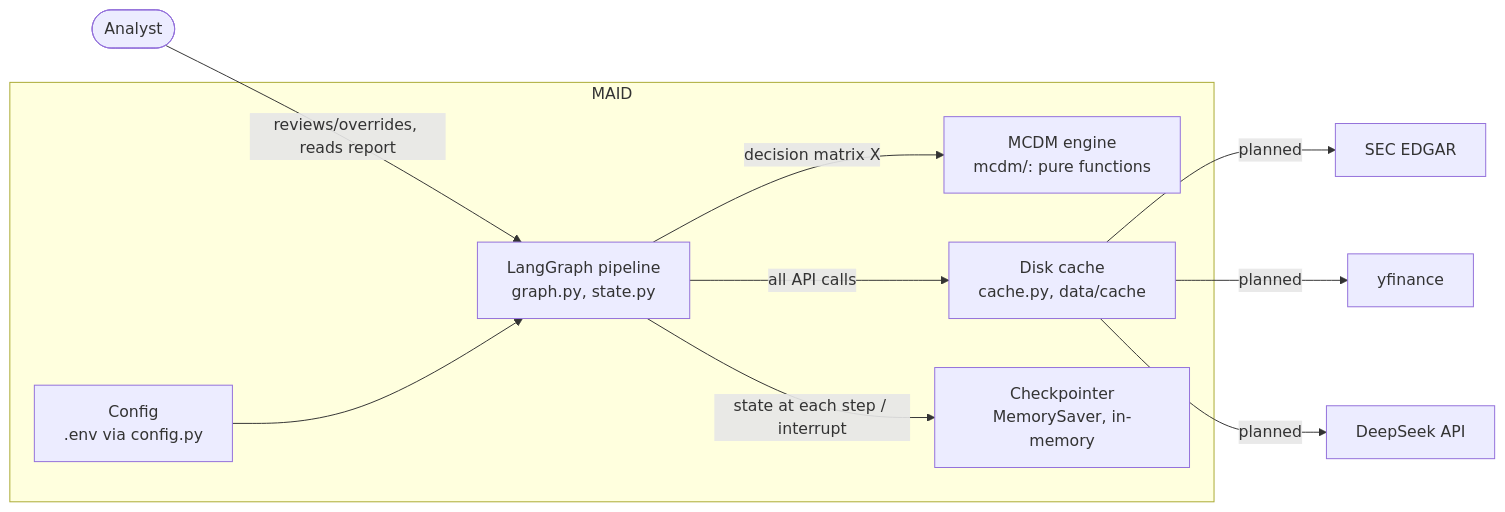
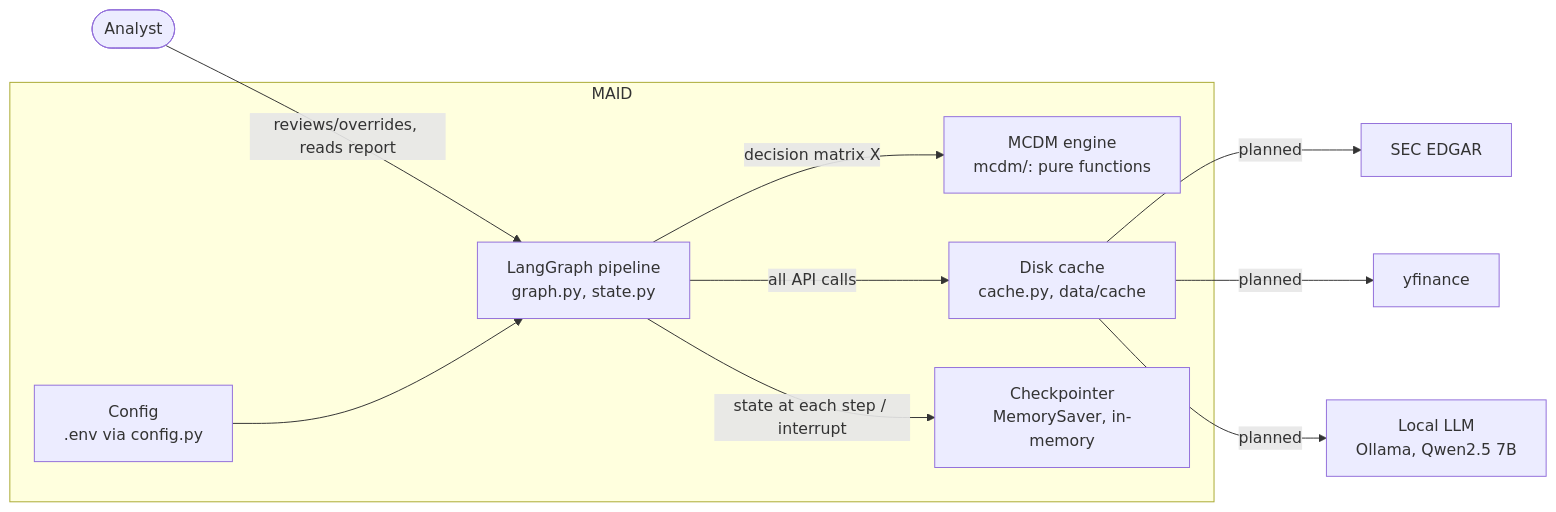
The second of 6 diagrams in docs/architecture/overview.md (whoimad/maid), drawn with Mermaid before and after one commit. The commit also changed other lines of this file and 16 other files, not shown here.

First line of the commit message:
feat(llm): local models only, sequential agents (D21); prompt v2 quote length

````diff
--- a/docs/architecture/overview.md
+++ b/docs/architecture/overview.md
@@ -47,13 +46,13 @@
 ```mermaid
 flowchart LR
     U([Analyst]) -->|reviews/overrides, reads report| P
     subgraph MAID
       CFG[Config<br/>.env via config.py] --> P[LangGraph pipeline<br/>graph.py, state.py]
       P -->|decision matrix X| M[MCDM engine<br/>mcdm/: pure functions]
       P -->|all API calls| C[Disk cache<br/>cache.py, data/cache]
       P -->|state at each step / interrupt| K[Checkpointer<br/>MemorySaver, in-memory]
     end
     C -->|planned| SEC[SEC EDGAR]
     C -->|planned| YF[yfinance]
-    C -->|planned| DS[DeepSeek API]
+    C -->|planned| DS[Local LLM<br/>Ollama, Qwen2.5 7B]
 ```
````
